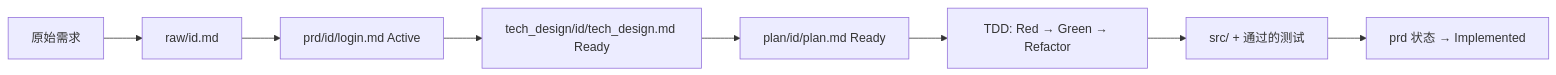
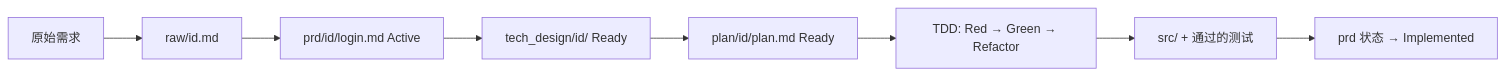
The diagram in HOW_TO_USE.md (vanpipy/SSD-Template), drawn with Mermaid before and after one commit. The commit also changed other lines of this file, not shown here.

First line of the commit message:
docs(how-to-use): update tech_design references to multi-file structure

````diff
--- a/HOW_TO_USE.md
+++ b/HOW_TO_USE.md
@@ -89,10 +103,10 @@
 ```mermaid
 flowchart LR
     A[原始需求] --> B[raw/id.md]
     B --> C[prd/id/login.md Active]
-    C --> D[tech_design/id/tech_design.md Ready]
+    C --> D[tech_design/id/ Ready]
     D --> E[plan/id/plan.md Ready]
     E --> F[TDD: Red → Green → Refactor]
     F --> G[src/ + 通过的测试]
     G --> H[prd 状态 → Implemented]
 ```
````
